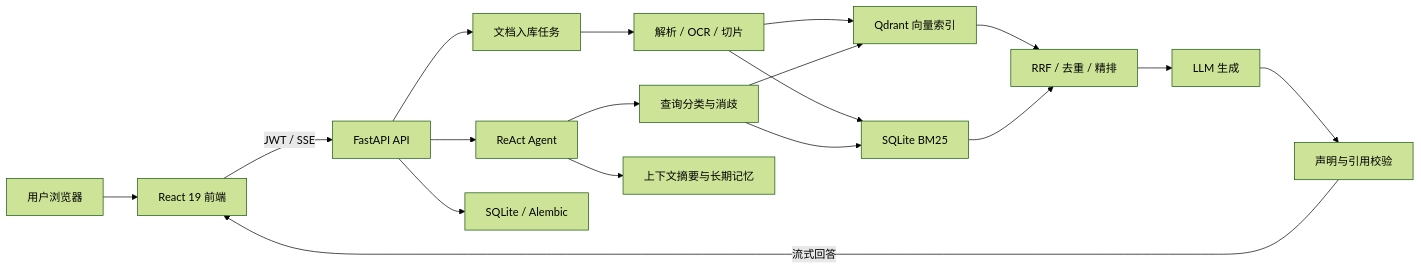
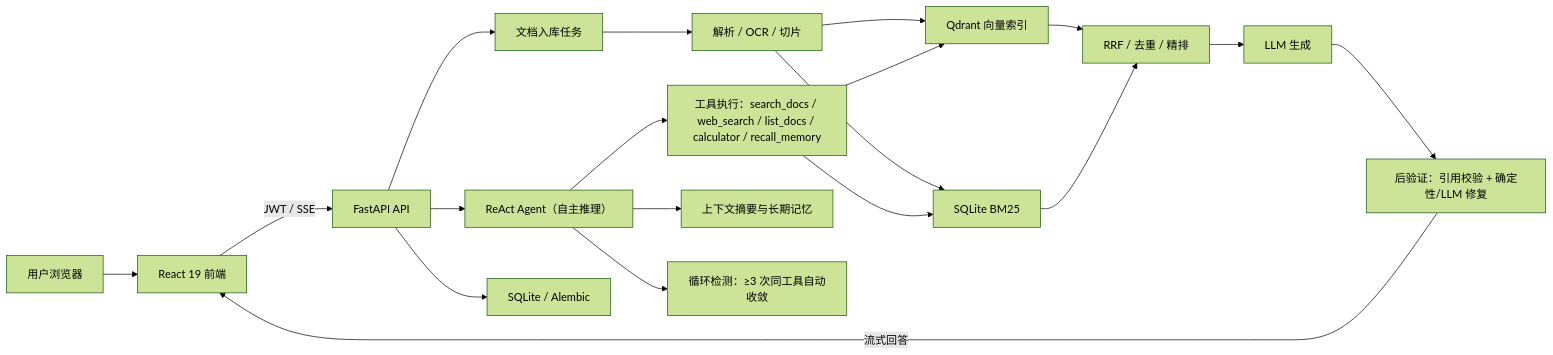
Before and after one commit to MoMoM101/RAG-ReActAgent: the diagram in README.md, drawn with Mermaid (forest theme). The commit also changed other lines of this file and 1 other file, not shown here.

First line of the commit message:
docs: update README and CHANGELOG for v0.2.0 agent autonomy refactor

````diff
--- a/README.md
+++ b/README.md
@@ -217,20 +231,21 @@
 ```mermaid
 flowchart LR
     U["用户浏览器"] --> F["React 19 前端"]
     F -->|"JWT / SSE"| A["FastAPI API"]
-    A --> G["ReAct Agent"]
+    A --> G["ReAct Agent（自主推理）"]
     A --> I["文档入库任务"]
     A --> D["SQLite / Alembic"]
     I --> P["解析 / OCR / 切片"]
     P --> V["Qdrant 向量索引"]
     P --> B["SQLite BM25"]
-    G --> Q["查询分类与消歧"]
-    Q --> V
-    Q --> B
+    G --> S["工具执行：search_docs / web_search / list_docs / calculator / recall_memory"]
+    S --> V
+    S --> B
     V --> R["RRF / 去重 / 精排"]
     B --> R
     R --> L["LLM 生成"]
-    L --> C["声明与引用校验"]
+    L --> C["后验证：引用校验 + 确定性/LLM 修复"]
     C -->|"流式回答"| F
     G --> M["上下文摘要与长期记忆"]
+    G --> LD["循环检测：≥3 次同工具自动收敛"]
 ```
````
